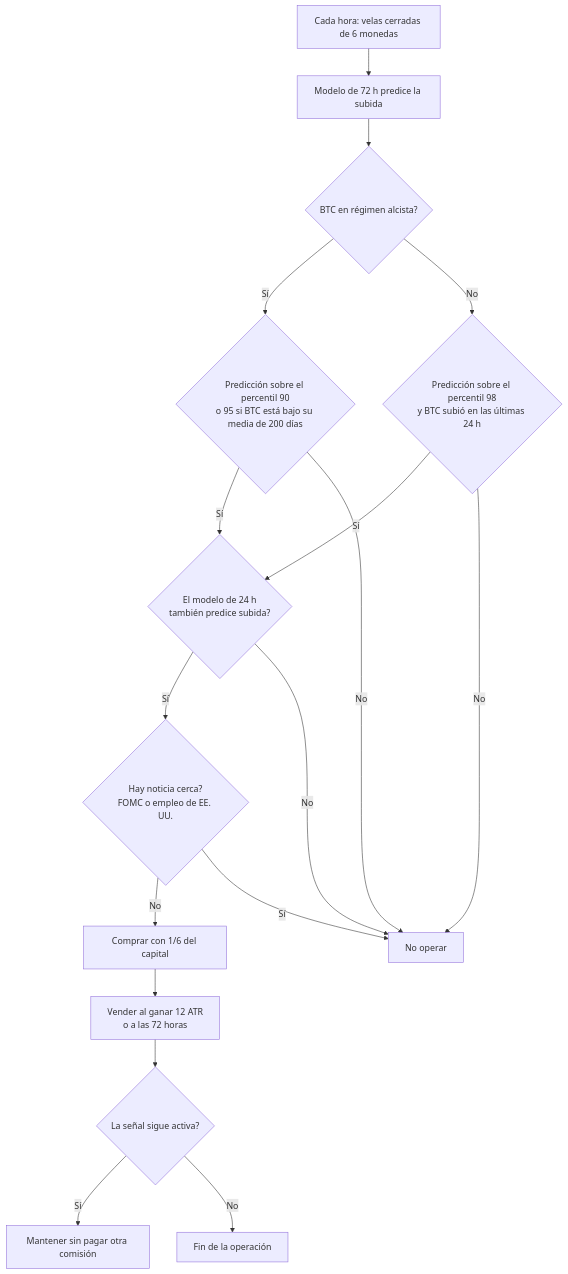
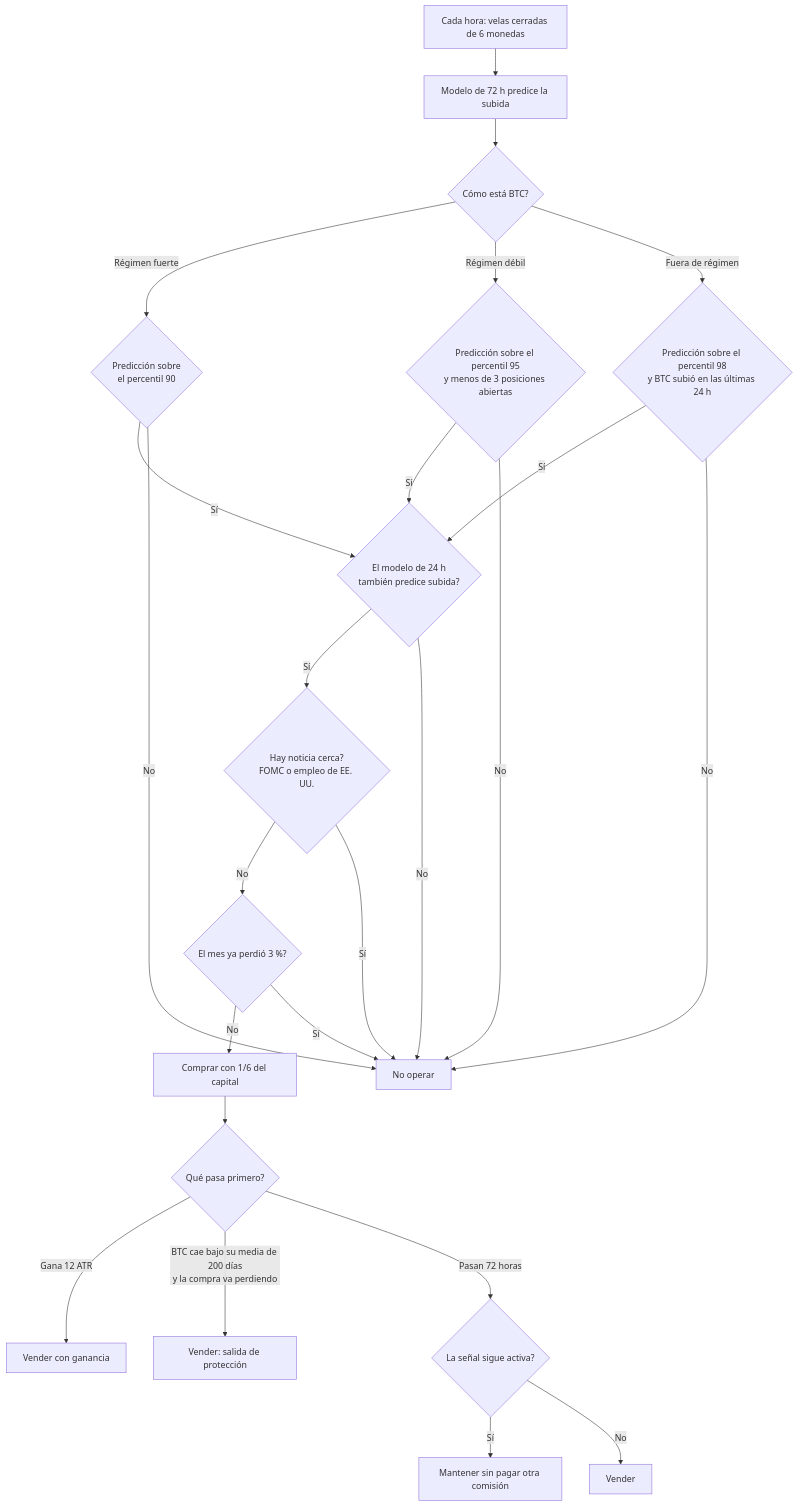
Before and after one commit to tlou520/binance-trading-bot: the diagram in doc/resumen-ilustrado.md, drawn with Mermaid. The commit also changed other lines of this file and 12 other files, not shown here.

````diff
--- a/doc/resumen-ilustrado.md
+++ b/doc/resumen-ilustrado.md
@@ -38,19 +92,26 @@
 ```mermaid
 flowchart TD
     A[Cada hora: velas cerradas de 6 monedas] --> B[Modelo de 72 h predice la subida]
-    B --> C{BTC en régimen alcista?}
-    C -- Sí --> D{Predicción sobre el percentil 90<br/>o 95 si BTC está bajo su media de 200 días}
-    C -- No --> E{Predicción sobre el percentil 98<br/>y BTC subió en las últimas 24 h}
-    D -- Sí --> F{El modelo de 24 h<br/>también predice subida?}
+    B --> C{Cómo está BTC?}
+    C -- Régimen fuerte --> D1{Predicción sobre<br/>el percentil 90}
+    C -- Régimen débil --> D2{Predicción sobre el percentil 95<br/>y menos de 3 posiciones abiertas}
+    C -- Fuera de régimen --> E{Predicción sobre el percentil 98<br/>y BTC subió en las últimas 24 h}
+    D1 -- Sí --> F{El modelo de 24 h<br/>también predice subida?}
+    D2 -- Sí --> F
     E -- Sí --> F
     F -- Sí --> G{Hay noticia cerca?<br/>FOMC o empleo de EE. UU.}
-    G -- No --> H[Comprar con 1/6 del capital]
-    H --> I[Vender al ganar 12 ATR<br/>o a las 72 horas]
-    I --> J{La señal sigue activa?}
+    G -- No --> M{El mes ya perdió 3 %?}
+    M -- No --> H[Comprar con 1/6 del capital]
+    H --> I{Qué pasa primero?}
+    I -- Gana 12 ATR --> V1[Vender con ganancia]
+    I -- BTC cae bajo su media de 200 días<br/>y la compra va perdiendo --> V2[Vender: salida de protección]
+    I -- Pasan 72 horas --> J{La señal sigue activa?}
     J -- Sí --> K[Mantener sin pagar otra comisión]
-    J -- No --> L[Fin de la operación]
-    D -- No --> X[No operar]
+    J -- No --> V3[Vender]
+    D1 -- No --> X[No operar]
+    D2 -- No --> X
     E -- No --> X
     F -- No --> X
     G -- Sí --> X
+    M -- Sí --> X
 ```
````
